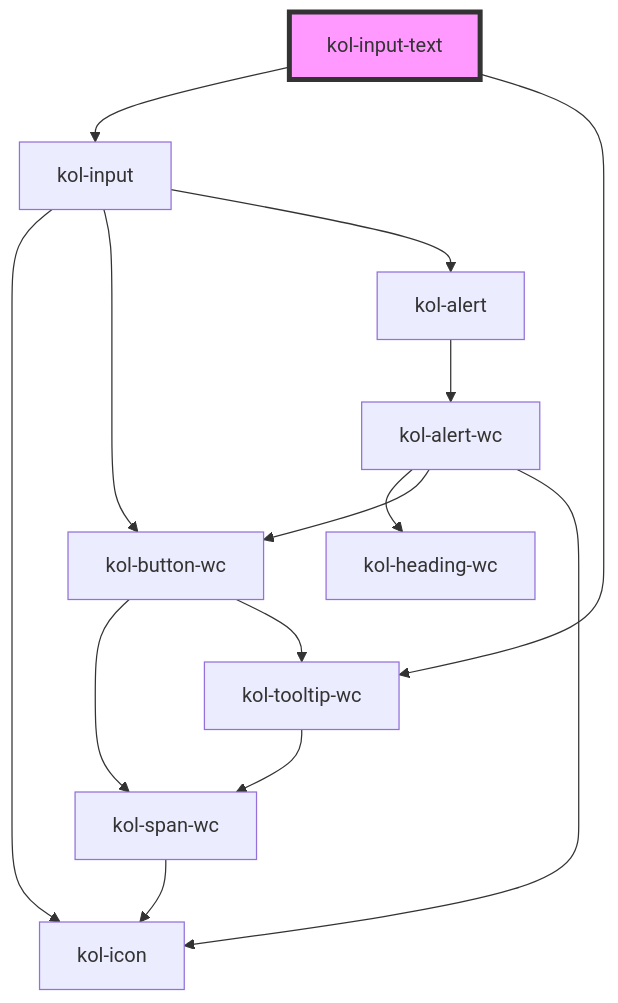
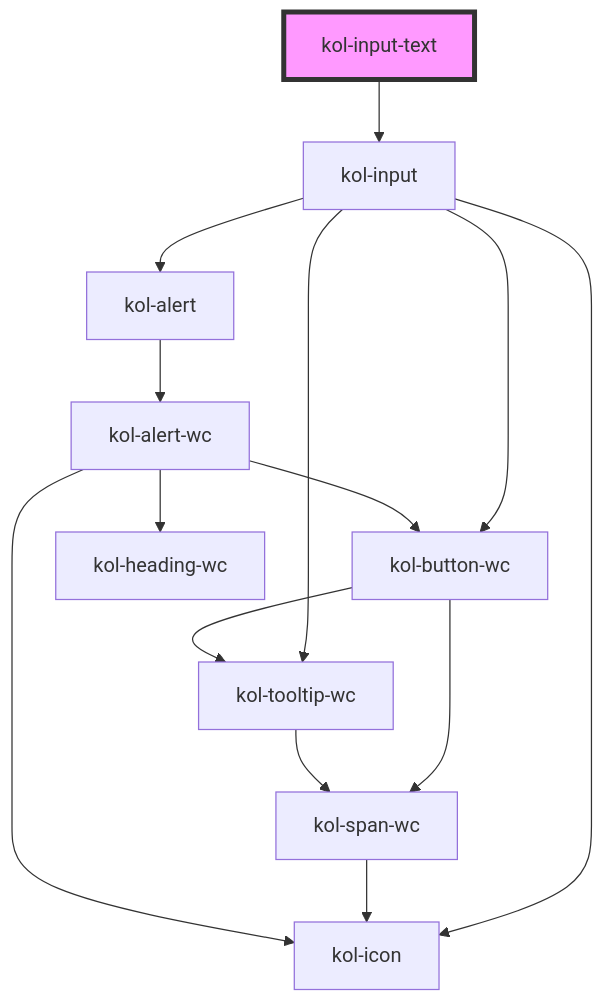
Before and after one commit to public-ui/kolibri: the diagram in packages/components/src/components/input-text/readme.md, drawn with Mermaid. The commit also changed other lines of this file and 69 other files, not shown here.

Commit message:
refactor: input tooltip samples

````diff
--- a/packages/components/src/components/input-text/readme.md
+++ b/packages/components/src/components/input-text/readme.md
@@ -104,17 +103,17 @@
 ```mermaid
 graph TD;
   kol-input-text --> kol-input
-  kol-input-text --> kol-tooltip-wc
   kol-input --> kol-icon
   kol-input --> kol-button-wc
+  kol-input --> kol-tooltip-wc
   kol-input --> kol-alert
   kol-button-wc --> kol-span-wc
   kol-button-wc --> kol-tooltip-wc
   kol-span-wc --> kol-icon
   kol-tooltip-wc --> kol-span-wc
   kol-alert --> kol-alert-wc
   kol-alert-wc --> kol-heading-wc
   kol-alert-wc --> kol-button-wc
   kol-alert-wc --> kol-icon
   style kol-input-text fill:#f9f,stroke:#333,stroke-width:4px
 ```
````
